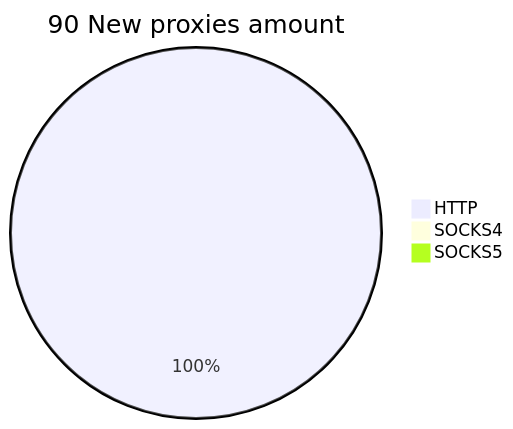
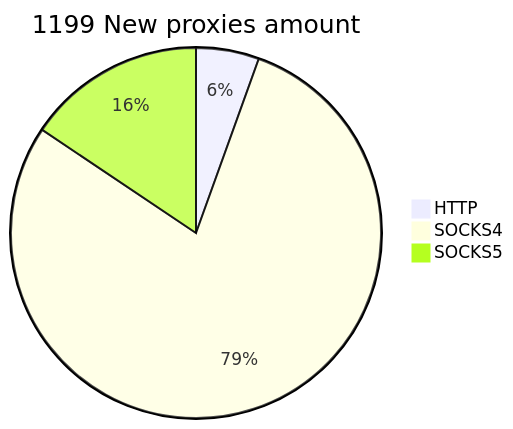
One commit to cutipu/proxylist changed the second of 2 diagrams in README.md. Above: the diagram before and after it, drawn with Mermaid. The commit also changed other lines of this file, not shown here.

````diff
--- a/README.md
+++ b/README.md
@@ -10,6 +10,6 @@
 ```mermaid
-pie title 90 New proxies amount
-    "HTTP" : 90
-    "SOCKS4" : 0
-    "SOCKS5" : 0
+pie title 1199 New proxies amount
+    "HTTP" : 66
+    "SOCKS4" : 946
+    "SOCKS5" : 187
 ```
````
